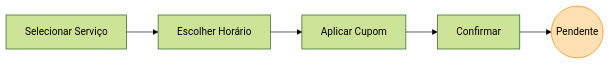
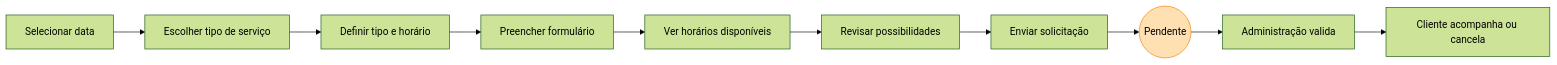
One commit to AllandreGirodo/sagma changed the diagram in docs/MANUAL_CLIENTE.md. Above: the diagram before and after it, drawn with Mermaid (forest theme). The commit also changed other lines of this file and 1 other file, not shown here.

````diff
--- a/docs/MANUAL_CLIENTE.md
+++ b/docs/MANUAL_CLIENTE.md
@@ -50,8 +90,13 @@
 ```mermaid
 flowchart LR
-    A[Selecionar Serviço] --> B[Escolher Horário]
-    B --> C[Aplicar Cupom]
-    C --> D[Confirmar]
-    D --> E((Pendente))
-    style E fill:#ffe0b2,stroke:#f57c00
+    A[Selecionar data] --> B[Escolher tipo de serviço]
+    B --> C[Definir tipo e horário]
+    C --> D[Preencher formulário]
+    D --> E[Ver horários disponíveis]
+    E --> F[Revisar possibilidades]
+    F --> G[Enviar solicitação]
+    G --> H((Pendente))
+    H --> I[Administração valida]
+    I --> J[Cliente acompanha ou cancela]
+    style H fill:#ffe0b2,stroke:#f57c00
 ```
````
